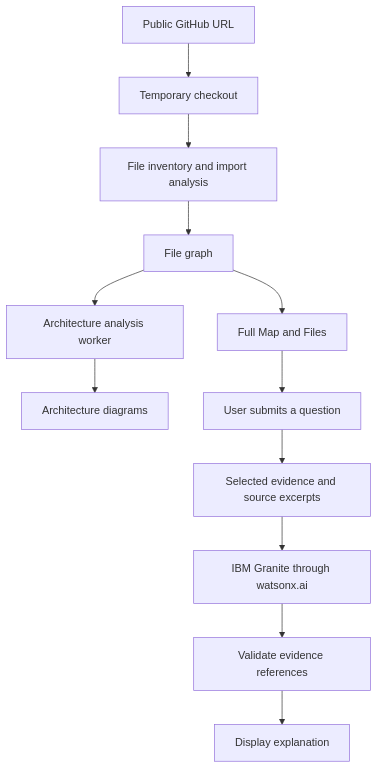
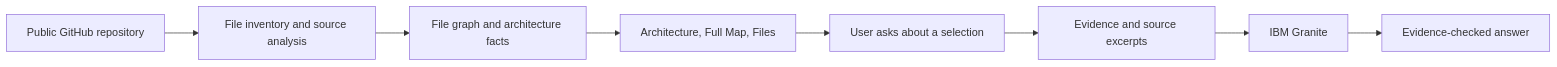
Before and after one commit to sahil-sharma-50/ViewPoint: the diagram in README.md, drawn with Mermaid. The commit also changed other lines of this file, not shown here.

````diff
--- a/README.md
+++ b/README.md
@@ -151,14 +63,10 @@
 ```mermaid
-flowchart TD
-    A[Public GitHub URL] --> B[Temporary checkout]
-    B --> C[File inventory and import analysis]
-    C --> D[File graph]
-    D --> E[Full Map and Files]
-    D --> F[Architecture analysis worker]
-    F --> G[Architecture diagrams]
-    E --> H[User submits a question]
-    H --> I[Selected evidence and source excerpts]
-    I --> J[IBM Granite through watsonx.ai]
-    J --> K[Validate evidence references]
-    K --> L[Display explanation]
+flowchart LR
+    A[Public GitHub repository] --> B[File inventory and source analysis]
+    B --> C[File graph and architecture facts]
+    C --> D[Architecture, Full Map, Files]
+    D --> E[User asks about a selection]
+    E --> F[Evidence and source excerpts]
+    F --> G[IBM Granite]
+    G --> H[Evidence-checked answer]
 ```
````
